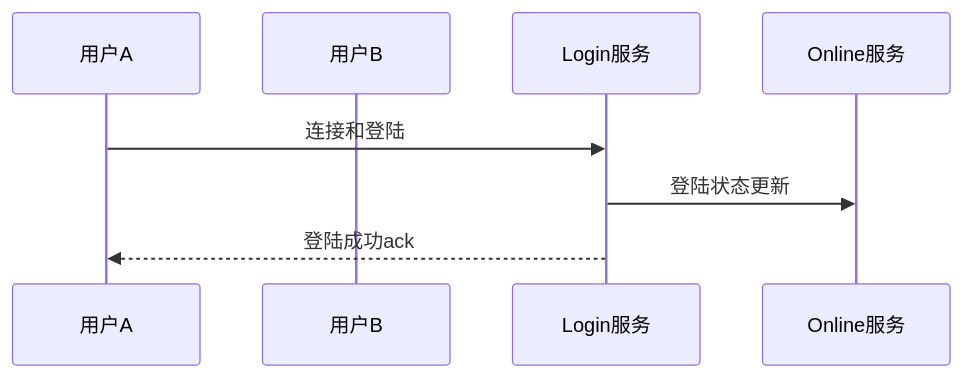
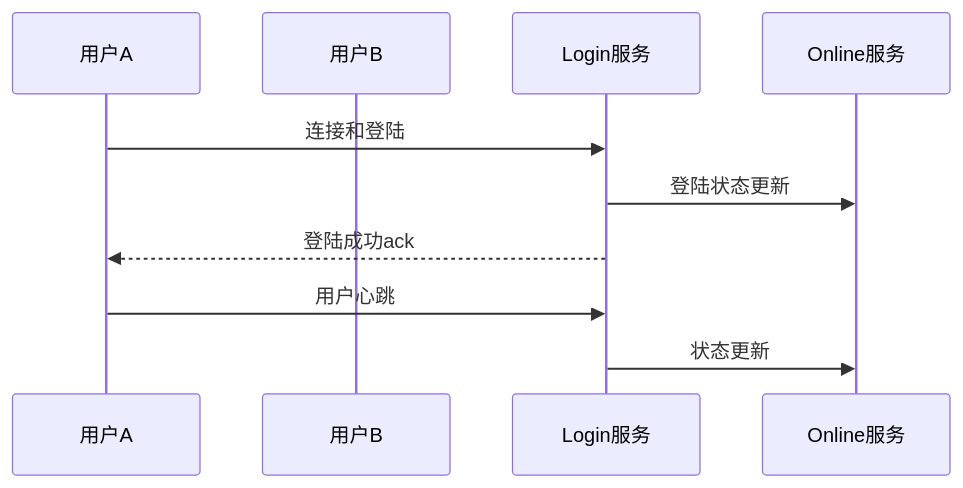
Before and after one commit to haomiao33/minim: the diagram in doc/login.mmd, drawn with Mermaid.

```diff
--- a/doc/login.mmd
+++ b/doc/login.mmd
@@ -1,9 +1,12 @@
 sequenceDiagram
     participant A as 用户A
     participant B as 用户B
     participant ServerLogin as Login服务
     participant ServerOnline as Online服务
 
     A->>ServerLogin: 连接和登陆
     ServerLogin->>ServerOnline: 登陆状态更新
     ServerLogin-->>A: 登陆成功ack
+
+    A->>ServerLogin: 用户心跳
+    ServerLogin->>ServerOnline: 状态更新
```
